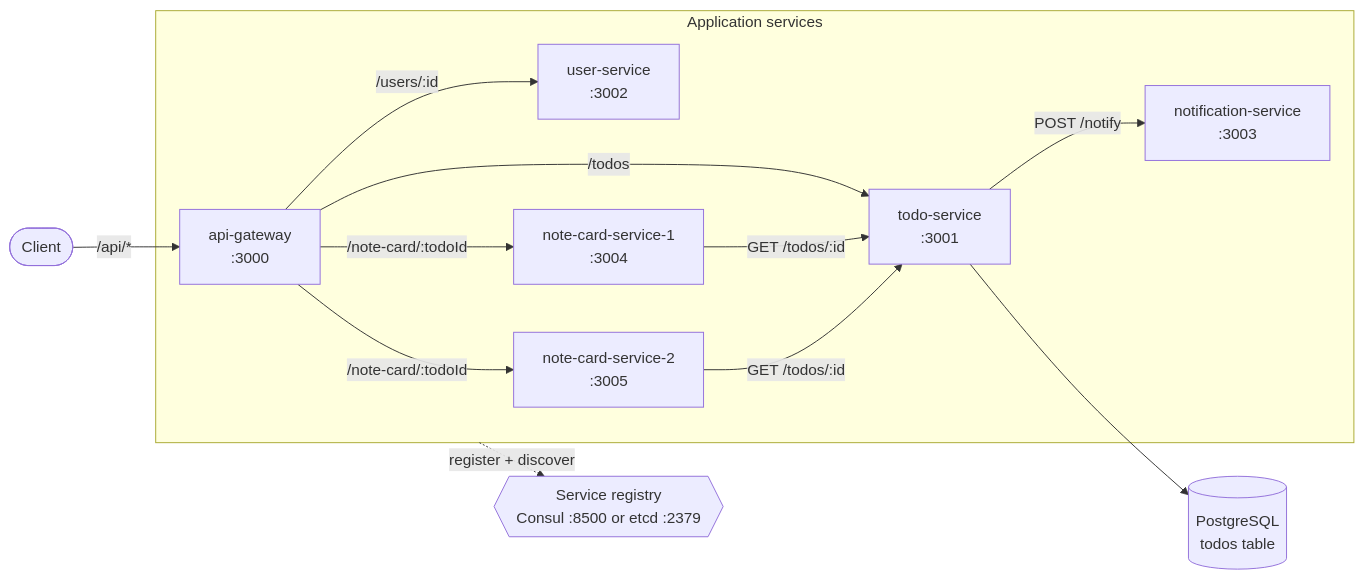
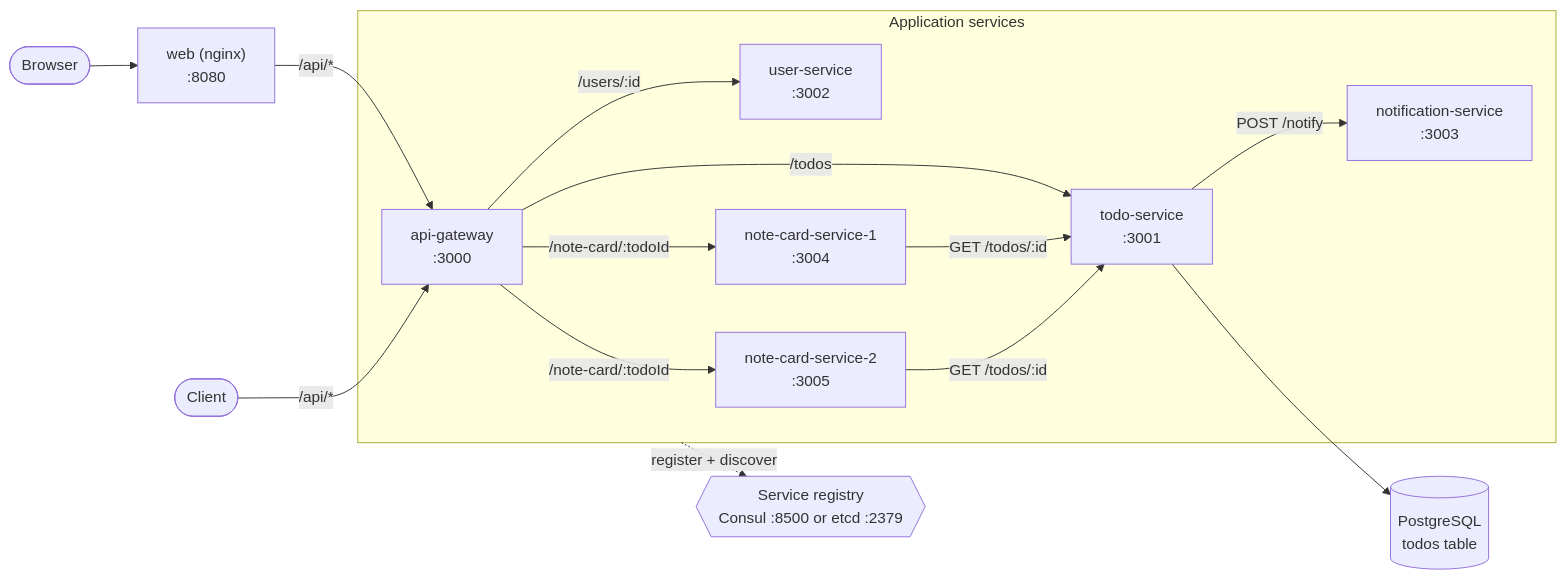
The first of 6 diagrams in docs/architecture.md (EotronRM/todo-microservices-example), drawn with Mermaid before and after one commit. The commit also changed other lines of this file and 17 other files, not shown here.

````diff
--- a/docs/architecture.md
+++ b/docs/architecture.md
@@ -16,25 +16,29 @@
 ```mermaid
 flowchart LR
     client([Client])
+    browser([Browser])
+    web["web (nginx)<br/>:8080"]
 
     subgraph services["Application services"]
         gw["api-gateway<br/>:3000"]
         todo["todo-service<br/>:3001"]
         user["user-service<br/>:3002"]
         notif["notification-service<br/>:3003"]
         nc1["note-card-service-1<br/>:3004"]
         nc2["note-card-service-2<br/>:3005"]
     end
 
     pg[("PostgreSQL<br/>todos table")]
     reg{{"Service registry<br/>Consul :8500 or etcd :2379"}}
 
+    browser --> web
+    web -->|"/api/*"| gw
     client -->|"/api/*"| gw
     gw -->|"/todos"| todo
     gw -->|"/users/:id"| user
     gw -->|"/note-card/:todoId"| nc1 & nc2
     todo -->|"POST /notify"| notif
     nc1 & nc2 -->|"GET /todos/:id"| todo
     todo --> pg
     services -.->|"register + discover"| reg
 ```
````
